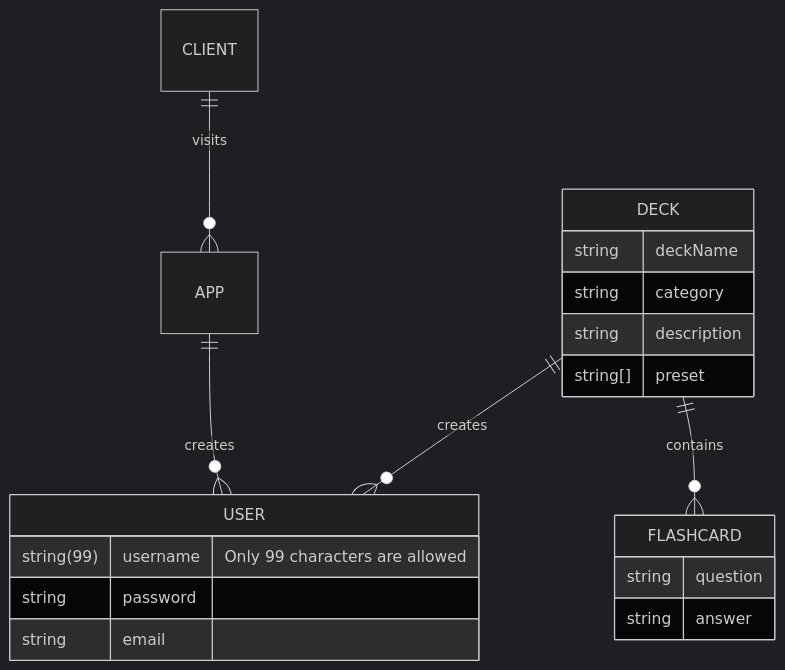
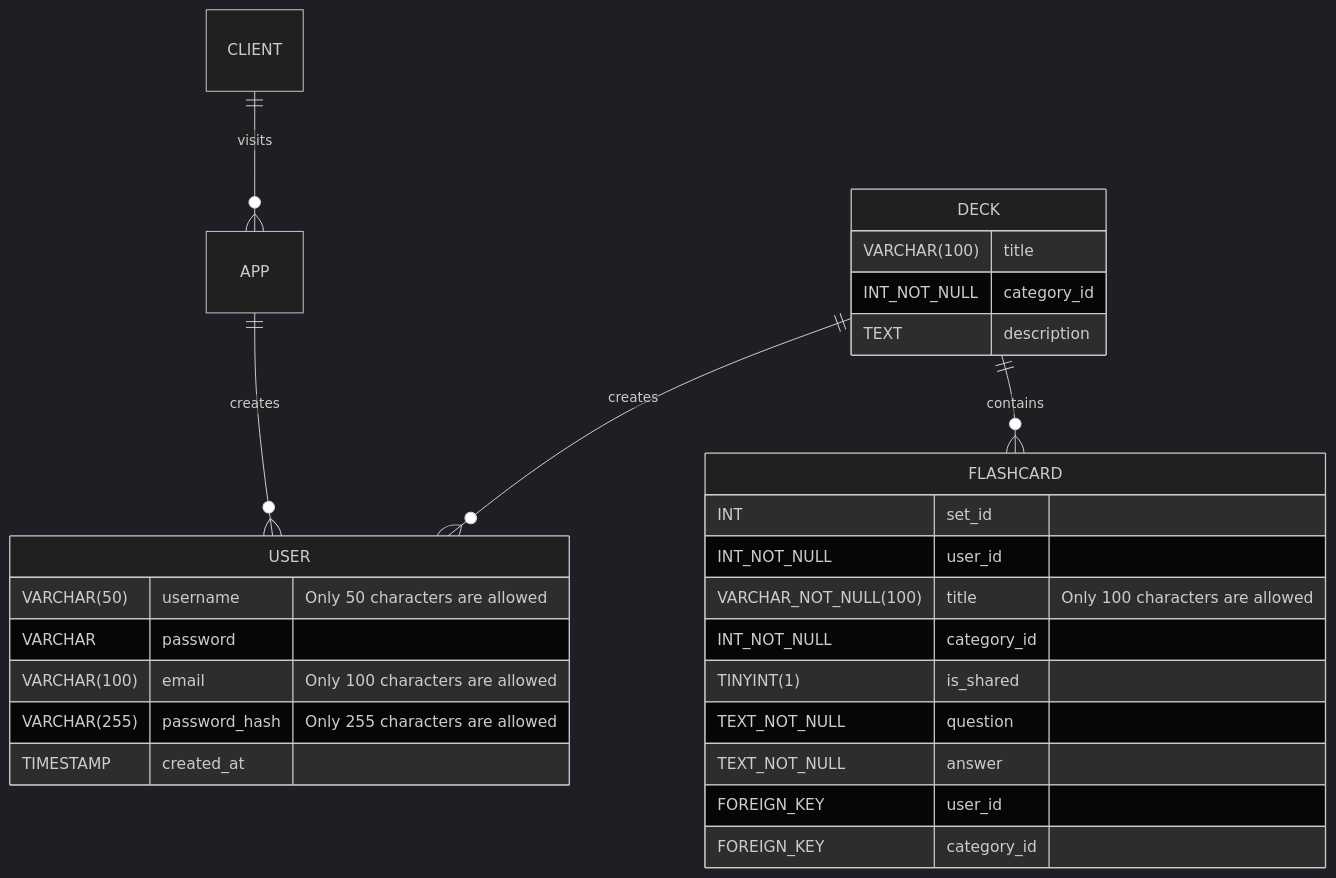
The fourth of 5 diagrams in USERGUIDE.md (njgarner/CSC289-Flashcard-Generator), drawn with Mermaid (dark theme) before and after one commit. The commit also changed other lines of this file, not shown here.

````diff
--- a/USERGUIDE.md
+++ b/USERGUIDE.md
@@ -119,22 +119,30 @@
 ```mermaid
 erDiagram
     DECK ||--o{ USER : creates
     DECK {
-        string deckName
-        string category
-        string description
-        string[] preset
+        VARCHAR(100) title
+        INT_NOT_NULL category_id
+        TEXT description
     }
     APP ||--o{ USER : creates
     USER {
-        string(99) username "Only 99 characters are allowed"
-        string password
-        string email
+        VARCHAR(50) username "Only 50 characters are allowed"
+        VARCHAR password
+        VARCHAR(100) email "Only 100 characters are allowed"
+        VARCHAR(255) password_hash "Only 255 characters are allowed"
+        TIMESTAMP created_at
     }
     DECK ||--o{ FLASHCARD : contains
     FLASHCARD {
-        string question
-        string answer
+        INT set_id
+        INT_NOT_NULL user_id
+        VARCHAR_NOT_NULL(100) title "Only 100 characters are allowed"
+        INT_NOT_NULL category_id
+        TINYINT(1) is_shared
+        TEXT_NOT_NULL question
+        TEXT_NOT_NULL answer
+        FOREIGN_KEY user_id
+        FOREIGN_KEY category_id
     }
     CLIENT ||--o{ APP : visits
 ```
````
